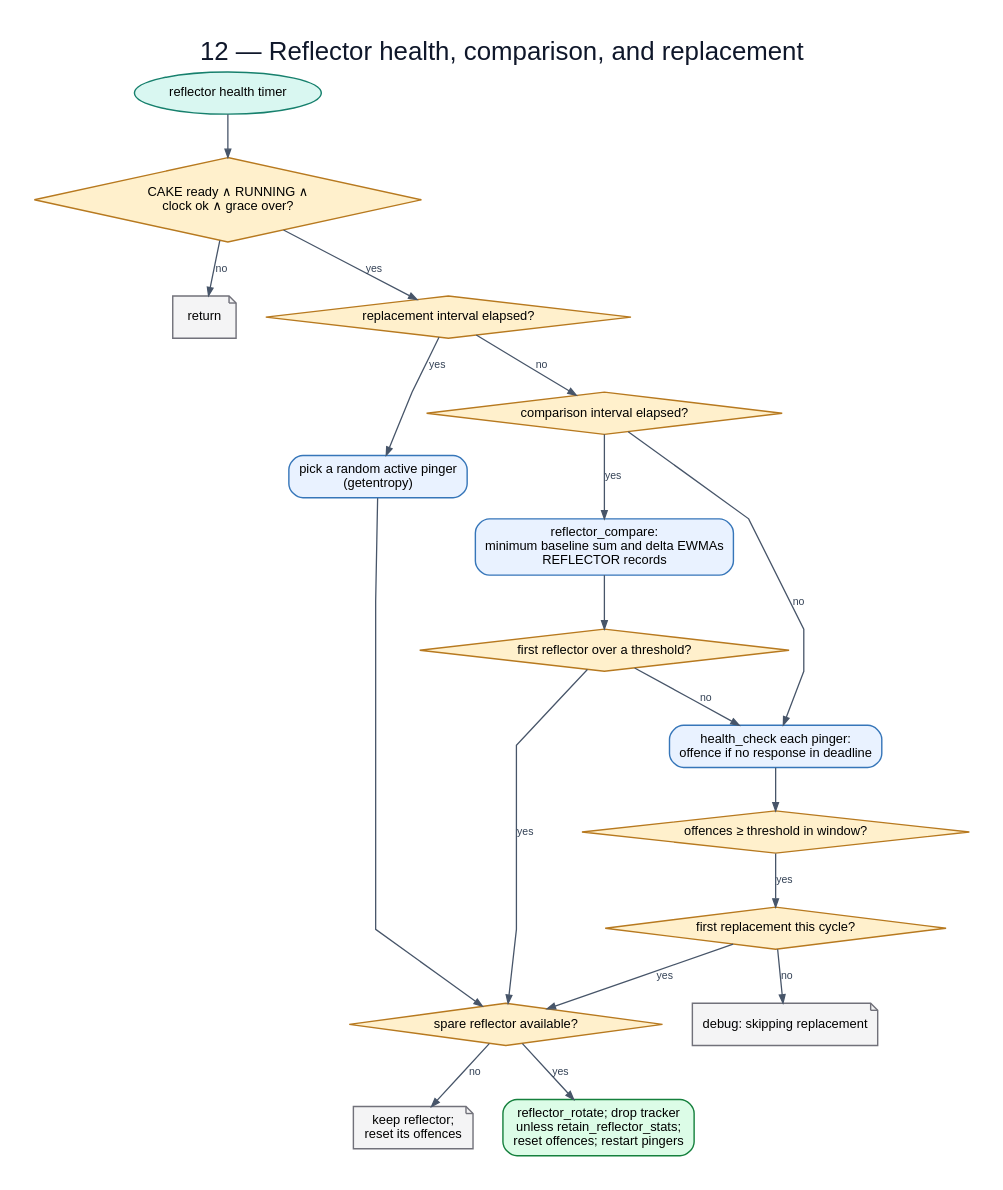
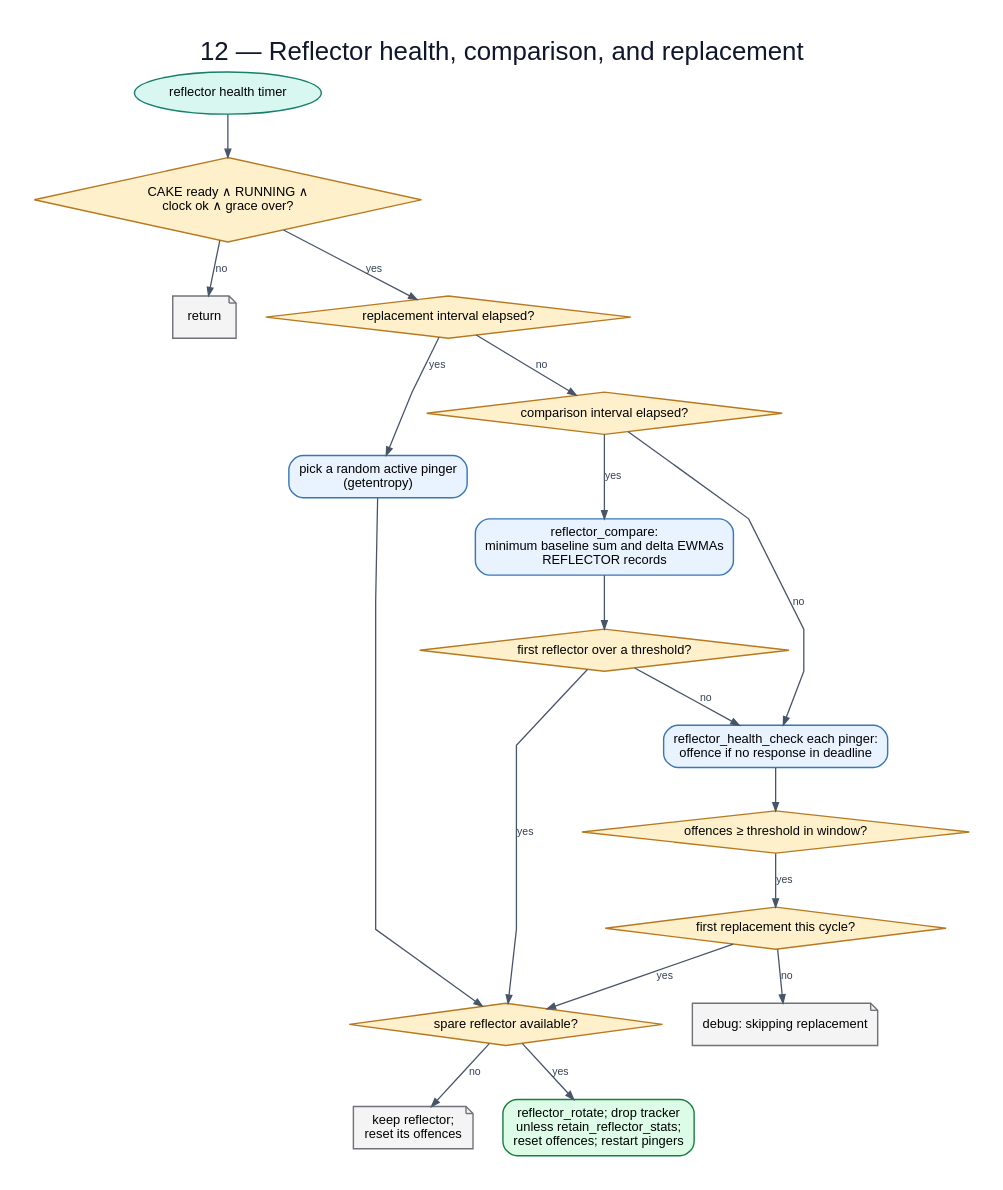
One commit to huydoan94/cake-adapt changed the diagram in flowchart/diagrams/12-reflector-health.dot. Above: the diagram before and after it, drawn with Graphviz. The commit also changed 186 other files, not shown here.

```diff
--- a/flowchart/diagrams/12-reflector-health.dot
+++ b/flowchart/diagrams/12-reflector-health.dot
@@ -1,37 +1,37 @@
 digraph G {
   graph [rankdir=TB,bgcolor="white",pad="0.30",nodesep="0.35",ranksep="0.48",splines=polyline,fontname="Arial",label="12 — Reflector health, comparison, and replacement",labelloc=t,fontsize=22,fontcolor="#0f172a"];
   node [fontname="Arial",fontsize=11,margin="0.14,0.09",penwidth=1.2];
   edge [fontname="Arial",fontsize=9,color="#475569",fontcolor="#334155",arrowsize=0.7,penwidth=1.1];
   tick [label="reflector health timer",shape=oval,style="filled",fillcolor="#d9f7f1",color="#17806d"];
   gate [label="CAKE ready ∧ RUNNING ∧\nclock ok ∧ grace over?",shape=diamond,style="filled",fillcolor="#fff0cc",color="#b7791f"];
   skip [label="return",shape=note,style="filled",fillcolor="#f4f4f5",color="#71717a"];
   replace [label="replacement interval elapsed?",shape=diamond,style="filled",fillcolor="#fff0cc",color="#b7791f"];
   random [label="pick a random active pinger\n(getentropy)",shape=box,style="rounded,filled",fillcolor="#e9f2ff",color="#3676b9"];
   compare [label="comparison interval elapsed?",shape=diamond,style="filled",fillcolor="#fff0cc",color="#b7791f"];
   cmp [label="reflector_compare:\nminimum baseline sum and delta EWMAs\nREFLECTOR records",shape=box,style="rounded,filled",fillcolor="#e9f2ff",color="#3676b9"];
   outlier [label="first reflector over a threshold?",shape=diamond,style="filled",fillcolor="#fff0cc",color="#b7791f"];
-  check [label="health_check each pinger:\noffence if no response in deadline",shape=box,style="rounded,filled",fillcolor="#e9f2ff",color="#3676b9"];
+  check [label="reflector_health_check each pinger:\noffence if no response in deadline",shape=box,style="rounded,filled",fillcolor="#e9f2ff",color="#3676b9"];
   bad [label="offences ≥ threshold in window?",shape=diamond,style="filled",fillcolor="#fff0cc",color="#b7791f"];
   once [label="first replacement this cycle?",shape=diamond,style="filled",fillcolor="#fff0cc",color="#b7791f"];
   skiprep [label="debug: skipping replacement",shape=note,style="filled",fillcolor="#f4f4f5",color="#71717a"];
   spare [label="spare reflector available?",shape=diamond,style="filled",fillcolor="#fff0cc",color="#b7791f"];
   retain [label="keep reflector;\nreset its offences",shape=note,style="filled",fillcolor="#f4f4f5",color="#71717a"];
   rotate [label="reflector_rotate; drop tracker\nunless retain_reflector_stats;\nreset offences; restart pingers",shape=box,style="rounded,filled,bold",fillcolor="#dcfce7",color="#15803d"];
   tick -> gate;
   gate -> skip [label="no"];
   gate -> replace [label="yes"];
   replace -> random [label="yes"];
   random -> spare;
   replace -> compare [label="no"];
   compare -> cmp [label="yes"];
   cmp -> outlier;
   outlier -> spare [label="yes"];
   outlier -> check [label="no"];
   compare -> check [label="no"];
   check -> bad;
   bad -> once [label="yes"];
   once -> spare [label="yes"];
   once -> skiprep [label="no"];
   spare -> retain [label="no"];
   spare -> rotate [label="yes"];
 }
```
